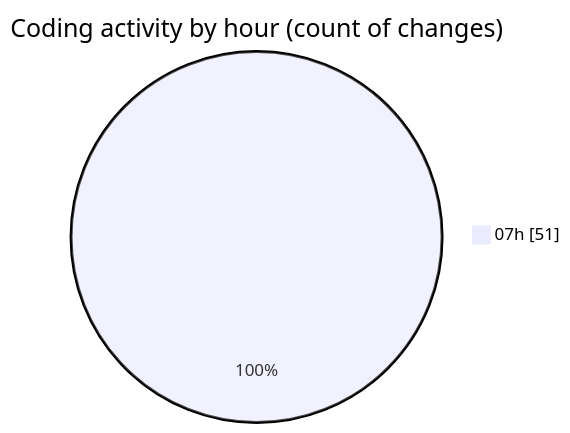
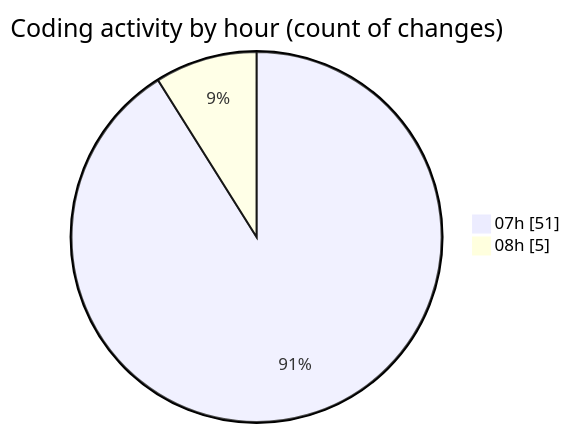
Before and after one commit to robertbonfada/code-tracking: the second of 2 diagrams in 2025-01-17/mbc-web/README.md, drawn with Mermaid. The commit also changed other lines of this file and 1 other file, not shown here.

````diff
--- a/2025-01-17/mbc-web/README.md
+++ b/2025-01-17/mbc-web/README.md
@@ -41,5 +42,6 @@
 ```mermaid
 pie showData
 title Coding activity by hour (count of changes)
 "07h" : 51
+"08h" : 5
 ```
````
